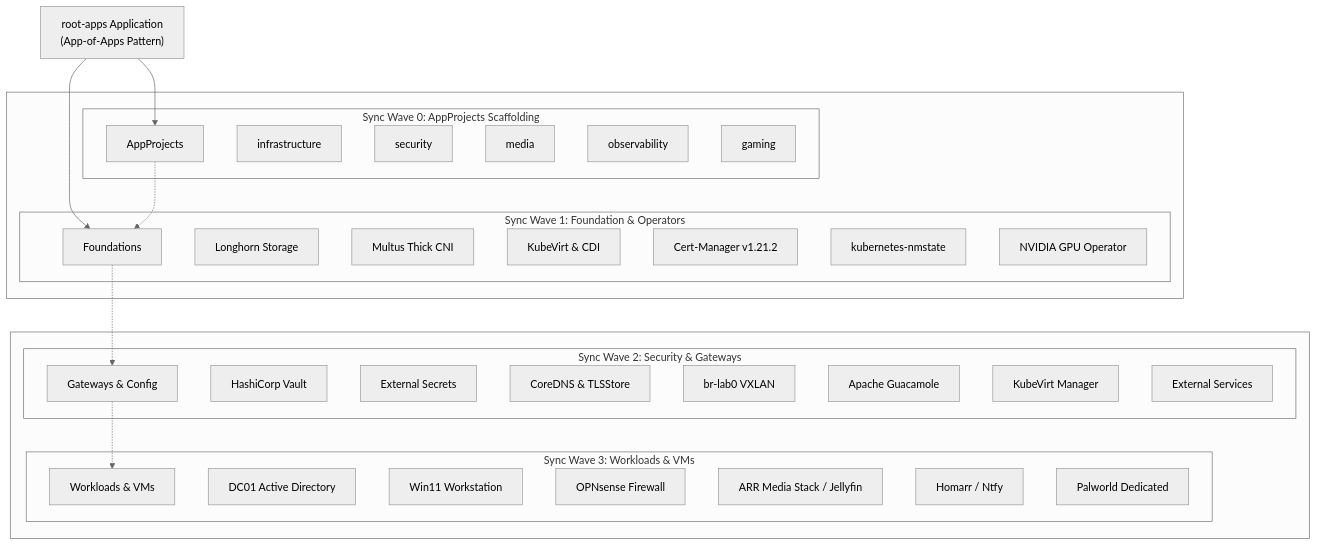
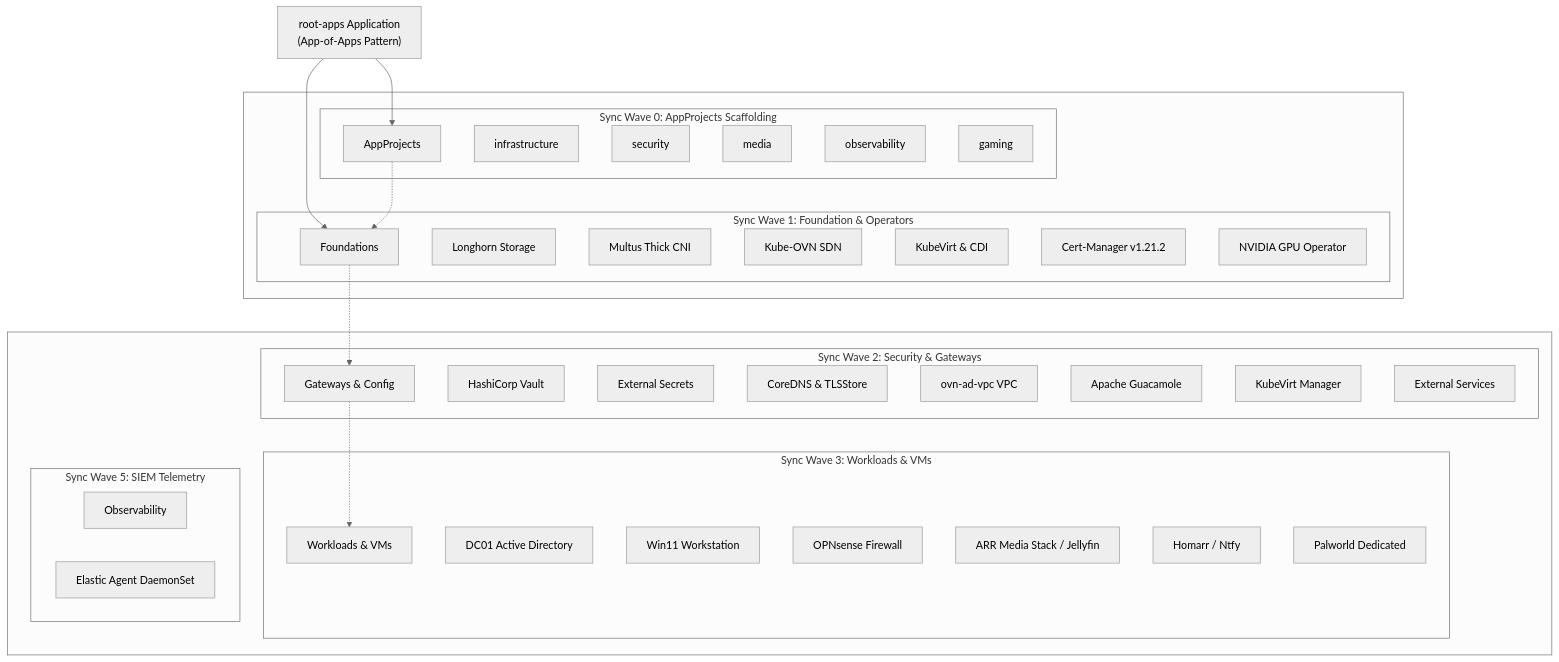
The diagram in docs/architecture/gitops.md (ChrisLambert03/homelab), drawn with Mermaid (neutral theme) before and after one commit. The commit also changed other lines of this file and 14 other files, not shown here.

Commit message:
docs: synchronize architecture docs and READMEs with Kube-OVN L2 VPC overlay

````diff
--- a/docs/architecture/gitops.md
+++ b/docs/architecture/gitops.md
@@ -9,54 +9,59 @@
 ```mermaid
 graph TD
     Root["root-apps Application<br/>(App-of-Apps Pattern)"]
 
     Root --> Wave0
     Root --> Wave1
     Wave0 -.-> Wave1
     Wave1 -.-> Wave2
     Wave2 -.-> Wave3
 
     subgraph Row1[" "]
         subgraph W0["Sync Wave 0: AppProjects Scaffolding"]
             Wave0["AppProjects"]
             P1["infrastructure"]
             P2["security"]
             P3["media"]
             P4["observability"]
             P5["gaming"]
         end
 
         subgraph W1["Sync Wave 1: Foundation & Operators"]
             Wave1["Foundations"]
             Longhorn["Longhorn Storage"]
             Multus["Multus Thick CNI"]
+            KubeOVN["Kube-OVN SDN"]
             KubeVirtOp["KubeVirt & CDI"]
             CertMgr["Cert-Manager v1.21.2"]
-            NMStateOp["kubernetes-nmstate"]
             GPUOp["NVIDIA GPU Operator"]
         end
     end
 
     subgraph Row2[" "]
         subgraph W2["Sync Wave 2: Security & Gateways"]
             Wave2["Gateways & Config"]
             Vault["HashiCorp Vault"]
             ExtSecrets["External Secrets"]
             ClusterCfg["CoreDNS & TLSStore"]
-            NMStatePol["br-lab0 VXLAN"]
+            KubeOVNNet["ovn-ad-vpc VPC"]
             Guac["Apache Guacamole"]
             KVMgr["KubeVirt Manager"]
             ExtSvc["External Services"]
         end
 
         subgraph W3["Sync Wave 3: Workloads & VMs"]
             Wave3["Workloads & VMs"]
             DC01VM["DC01 Active Directory"]
             Win11VM["Win11 Workstation"]
             OPNsenseVM["OPNsense Firewall"]
             MediaStack["ARR Media Stack / Jellyfin"]
             ObsStack["Homarr / Ntfy"]
             GamingStack["Palworld Dedicated"]
         end
+
+        subgraph W5["Sync Wave 5: SIEM Telemetry"]
+            Wave5["Observability"]
+            ElasticAgent["Elastic Agent DaemonSet"]
+        end
     end
 ```
````
